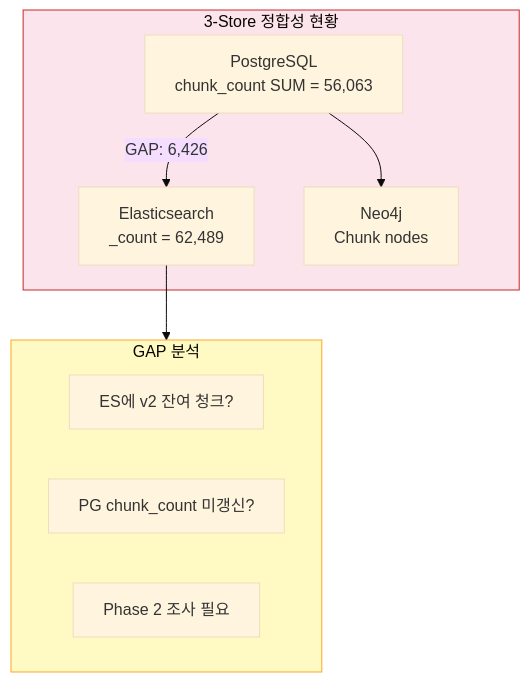
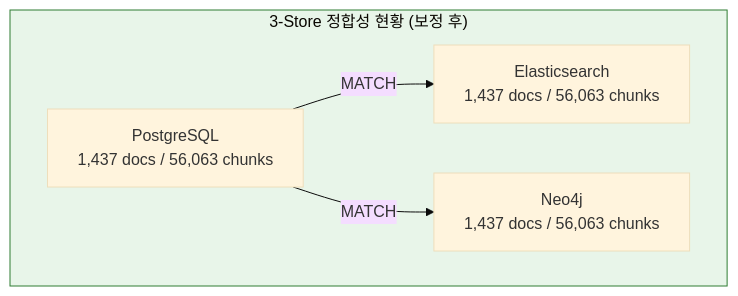
Before and after one commit to k82022603/hybrid-rag-knowledge-ops: the ninth of 11 diagrams in knowledge_service/docs/07_maintenance/28_etl_phase1_final_report.md, drawn with Mermaid (base theme). The commit also changed other lines of this file and 4 other files, not shown here.

````diff
--- a/knowledge_service/docs/07_maintenance/28_etl_phase1_final_report.md
+++ b/knowledge_service/docs/07_maintenance/28_etl_phase1_final_report.md
@@ -307,22 +307,13 @@
 ```mermaid
 flowchart TB
-    subgraph Consistency["3-Store 정합성 현황"]
-        PG["PostgreSQL<br/>chunk_count SUM = 56,063"]
-        ES["Elasticsearch<br/>_count = 62,489"]
-        NEO["Neo4j<br/>Chunk nodes"]
+    subgraph Consistency["3-Store 정합성 현황 (보정 후)"]
+        PG["PostgreSQL<br/>1,437 docs / 56,063 chunks"]
+        ES["Elasticsearch<br/>1,437 docs / 56,063 chunks"]
+        NEO["Neo4j<br/>1,437 docs / 56,063 chunks"]
     end
 
-    PG -->|"GAP: 6,426"| ES
-    PG --> NEO
+    PG -->|"MATCH"| ES
+    PG -->|"MATCH"| NEO
 
-    subgraph Analysis["GAP 분석"]
-        G1["ES에 v2 잔여 청크?"]
-        G2["PG chunk_count 미갱신?"]
-        G3["Phase 2 조사 필요"]
-    end
-
-    ES --> Analysis
-
-    style Consistency fill:#fce4ec,stroke:#c62828
-    style Analysis fill:#fff9c4,stroke:#f9a825
+    style Consistency fill:#e8f5e9,stroke:#2e7d32
 ```
````
